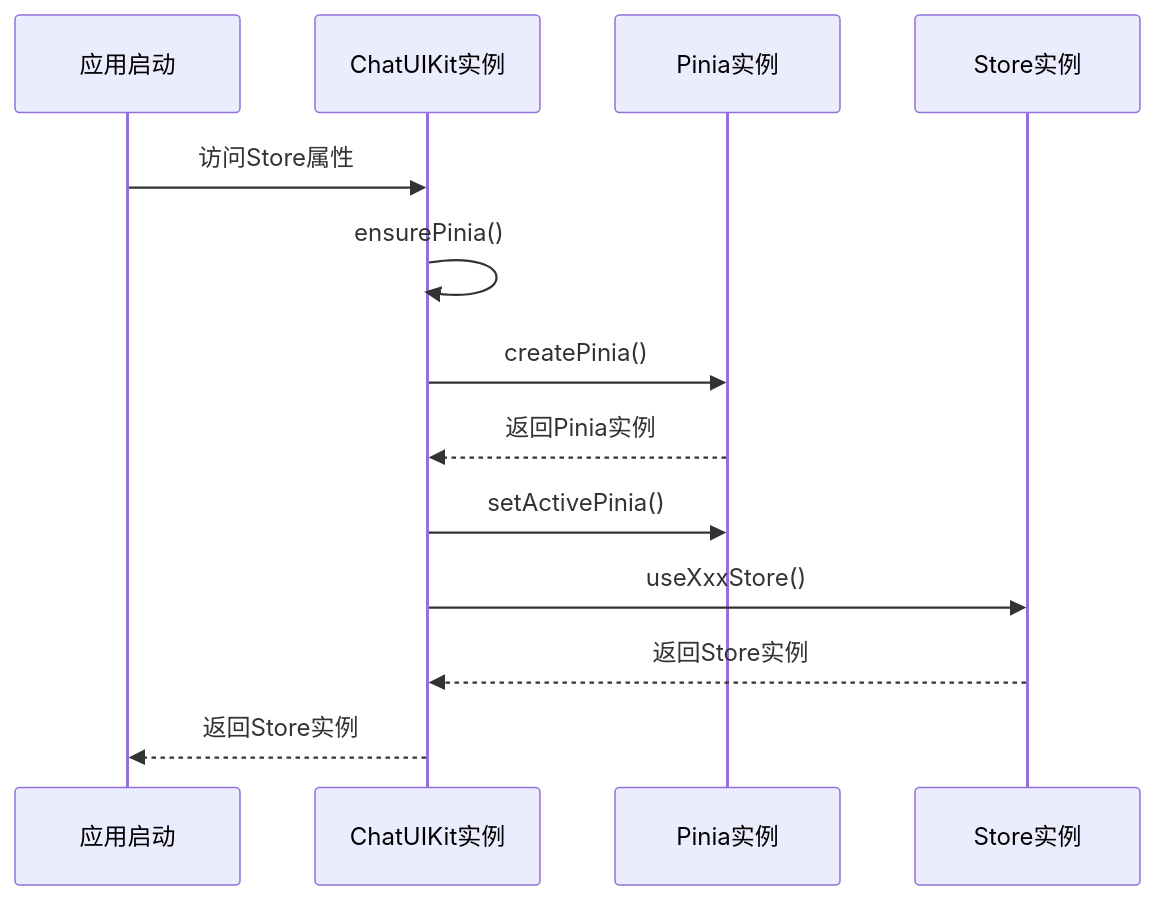
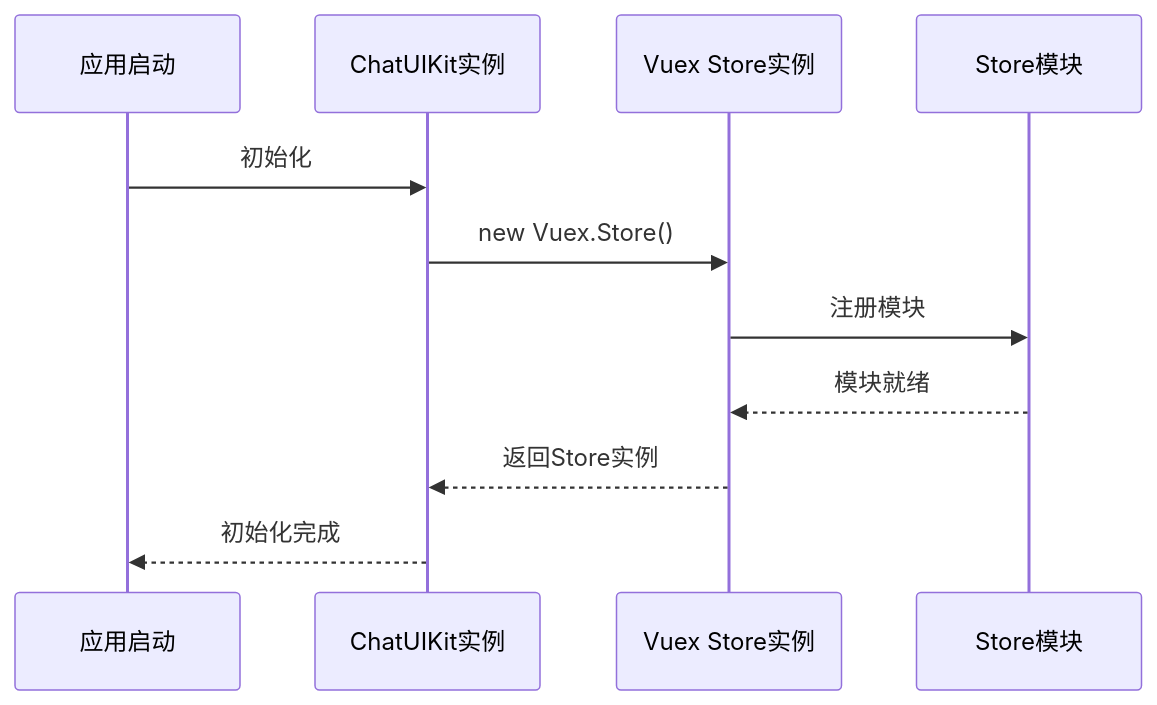
One commit to Easemob-Community/easemob-uikit-uniapp-community changed the second of 11 diagrams in .qoder/repowiki/zh/content/核心架构/Store状态管理系统架构/Pinia状态管理概览.md. Above: the diagram before and after it, drawn with Mermaid. The commit also changed other lines of this file and 14 other files, not shown here.

````diff
--- a/.qoder/repowiki/zh/content/核心架构/Store状态管理系统架构/Pinia状态管理概览.md
+++ b/.qoder/repowiki/zh/content/核心架构/Store状态管理系统架构/Pinia状态管理概览.md
@@ -107,15 +107,13 @@
 ```mermaid
 sequenceDiagram
 participant App as 应用启动
 participant ChatUIKit as ChatUIKit实例
-participant Pinia as Pinia实例
-participant Store as Store实例
-App->>ChatUIKit : 访问Store属性
-ChatUIKit->>ChatUIKit : ensurePinia()
-ChatUIKit->>Pinia : createPinia()
-Pinia-->>ChatUIKit : 返回Pinia实例
-ChatUIKit->>Pinia : setActivePinia()
-ChatUIKit->>Store : useXxxStore()
-Store-->>ChatUIKit : 返回Store实例
-ChatUIKit-->>App : 返回Store实例
+participant Vuex as Vuex Store实例
+participant Module as Store模块
+App->>ChatUIKit : 初始化
+ChatUIKit->>Vuex : new Vuex.Store()
+Vuex->>Module : 注册模块
+Module-->>Vuex : 模块就绪
+Vuex-->>ChatUIKit : 返回Store实例
+ChatUIKit-->>App : 初始化完成
 ```
````
